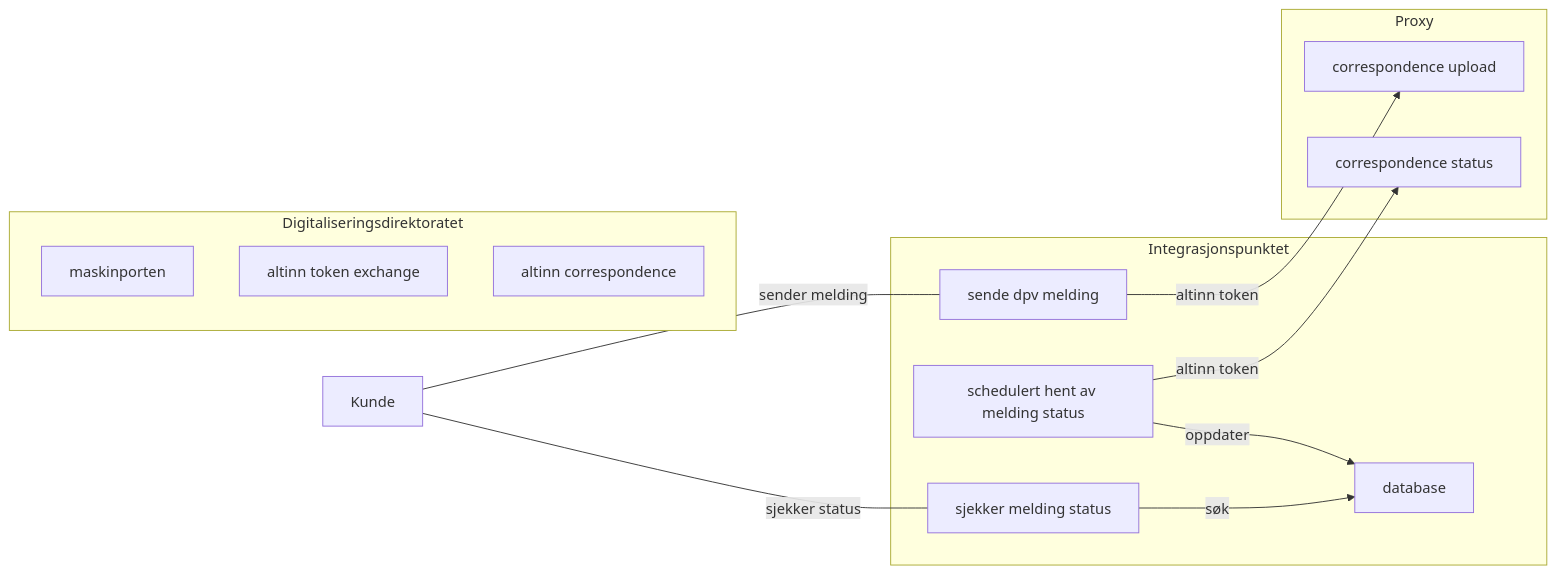
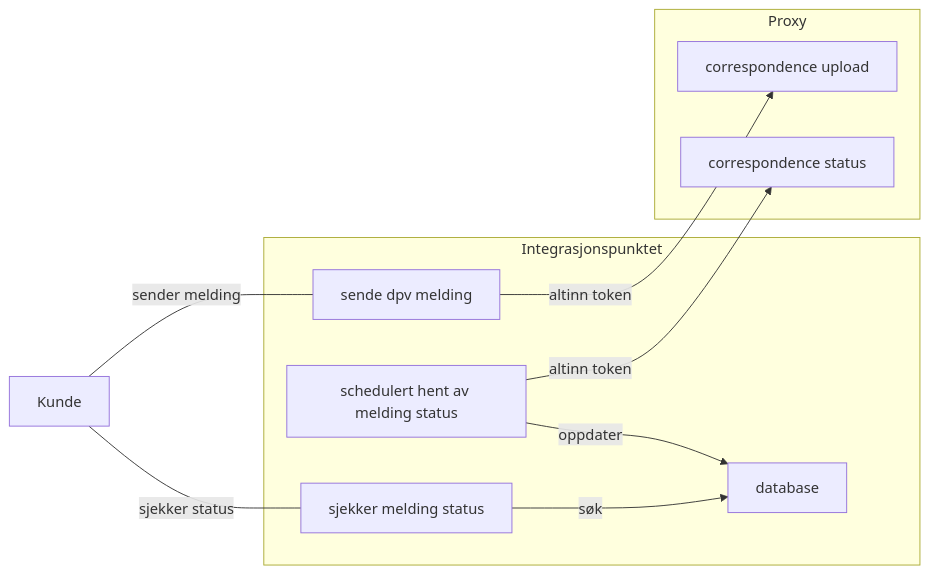
One commit to felleslosninger/efm-integrasjonspunkt changed the second of 2 diagrams in altinn-v3-proxy/README.md. Above: the diagram before and after it, drawn with Mermaid. The commit also changed other lines of this file and 8 other files, not shown here.

````diff
--- a/altinn-v3-proxy/README.md
+++ b/altinn-v3-proxy/README.md
@@ -9,29 +31,29 @@
 ```mermaid
 graph LR
   
-  subgraph Digitaliseringsdirektoratet
-    MP[maskinporten]
-    AT[altinn token exchange]
-    AC[altinn correspondence]
-  end
+%%  subgraph Digitaliseringsdirektoratet
+%%    MP[maskinporten]
+%%    AT[altinn token exchange]
+%%    AC[altinn correspondence]
+%%  end
   
   subgraph Integrasjonspunktet
       SD[sende dpv melding]
       SS[sjekker melding status]
       DPV[schedulert hent av melding status]
       DB[database]
   end
   
   subgraph Proxy
     PU[correspondence upload]
     PS[correspondence status]
   end
   
   SD-- altinn token -->PU
   SS-- søk -->DB
   DPV-- altinn token -->PS
   DPV-- oppdater -->DB
   
-Kunde-- sender melding ---SD
-Kunde-- sjekker status ---SS
+  Kunde-- sender melding ---SD
+  Kunde-- sjekker status ---SS
 ```
````
